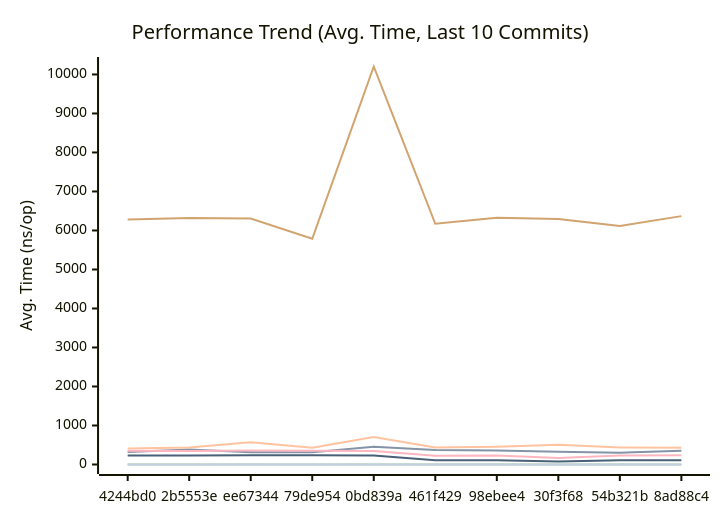
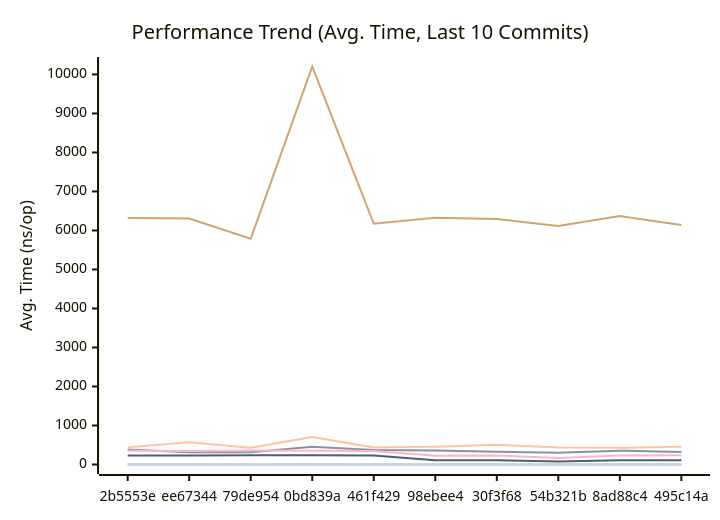
One commit to alsotoes/momo changed the first of 3 diagrams in docs/PERFORMANCE.md. Above: the diagram before and after it, drawn with Mermaid. The commit also changed other lines of this file and 2 other files, not shown here.

````diff
--- a/docs/PERFORMANCE.md
+++ b/docs/PERFORMANCE.md
@@ -120,16 +120,16 @@
 ```mermaid
 xychart-beta
     title "Performance Trend (Avg. Time, Last 10 Commits)"
     x-axis "Commit"
     y-axis "Avg. Time (ns/op)"
-    x-axis [4244bd0,2b5553e,ee67344,79de954,0bd839a,461f429,98ebee4,30f3f68,54b321b,8ad88c4]
-    line "CheckMetricsAndSwap" [8,8,10,8,18,9,10,8,9,9]
-    line "CrushOptimized" [320,382,312,314,456,371,361,325,299,354]
-    line "CrushOriginal" [411,439,573,431,705,437,457,505,436,427]
+    x-axis [2b5553e,ee67344,79de954,0bd839a,461f429,98ebee4,30f3f68,54b321b,8ad88c4,495c14a]
+    line "CheckMetricsAndSwap" [8,10,8,18,9,10,8,9,9,8]
+    line "CrushOptimized" [382,312,314,456,371,361,325,299,354,319]
+    line "CrushOriginal" [439,573,431,705,437,457,505,436,427,453]
     line "IndexDirectTracking" [0,0,0,0,0,0,0,0,0,0]
     line "IndexSearch" [3,3,3,3,3,3,3,3,3,3]
-    line "LoadGlobalConfig" [6283,6321,6306,5787,10204,6171,6327,6294,6114,6368]
-    line "PadString" [2,2,2,2,2,2,2,3,2,2]
+    line "LoadGlobalConfig" [6321,6306,5787,10204,6171,6327,6294,6114,6368,6141]
+    line "PadString" [2,2,2,2,2,2,3,2,2,2]
     line "ParseReplicationOrder_NoPrealloc" [350,349,357,354,345,225,229,165,232,234]
     line "ParseReplicationOrder_Prealloc" [229,231,237,234,229,108,107,80,110,109]
 ```
````
